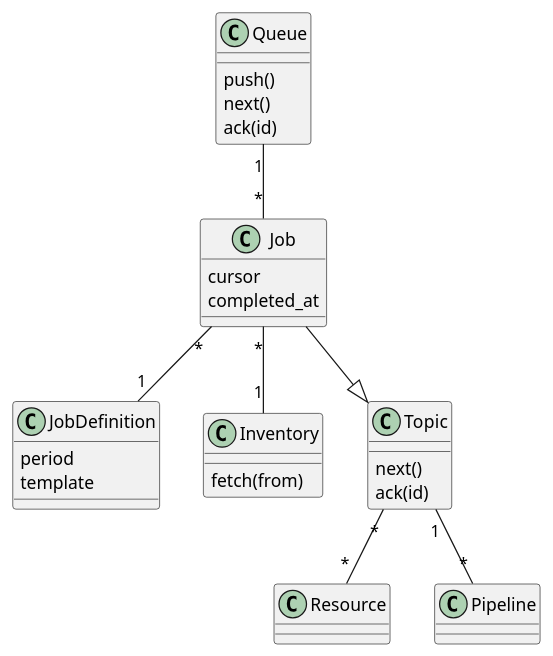
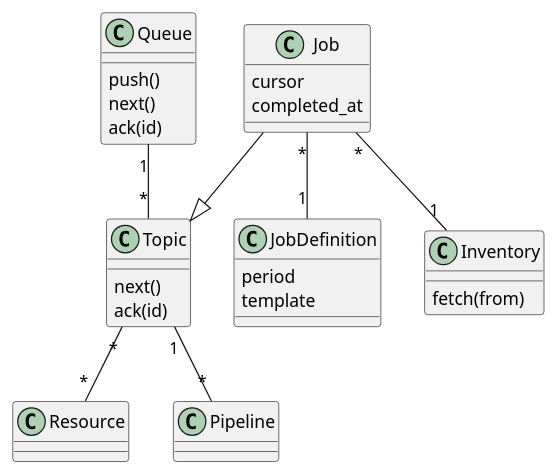
Before and after one commit to Flared/saturn: the diagram in docs/plantuml/class_diagram.plantuml, drawn with PlantUML.

```diff
--- a/docs/plantuml/class_diagram.plantuml
+++ b/docs/plantuml/class_diagram.plantuml
@@ -1,40 +1,40 @@
 @startuml
 class Queue {
   push()
   next()
   ack(id)
 }
 
 class JobDefinition {
   period
   template
 }
 
 class Job {
   cursor
   completed_at
 }
 
 class Inventory {
   fetch(from)
 }
 
 class Resource {
 }
 
 class Topic {
   next()
   ack(id)
 }
 
 class Pipeline {
 }
 
 Job --|> Topic
 
-Queue "1" -- "*" Job
+Queue "1" -- "*" Topic
 Topic "1" -- "*" Pipeline
 Topic "*" -- "*" Resource
 Job "*" -- "1" Inventory
 Job "*" -- "1" JobDefinition
 @enduml
```
